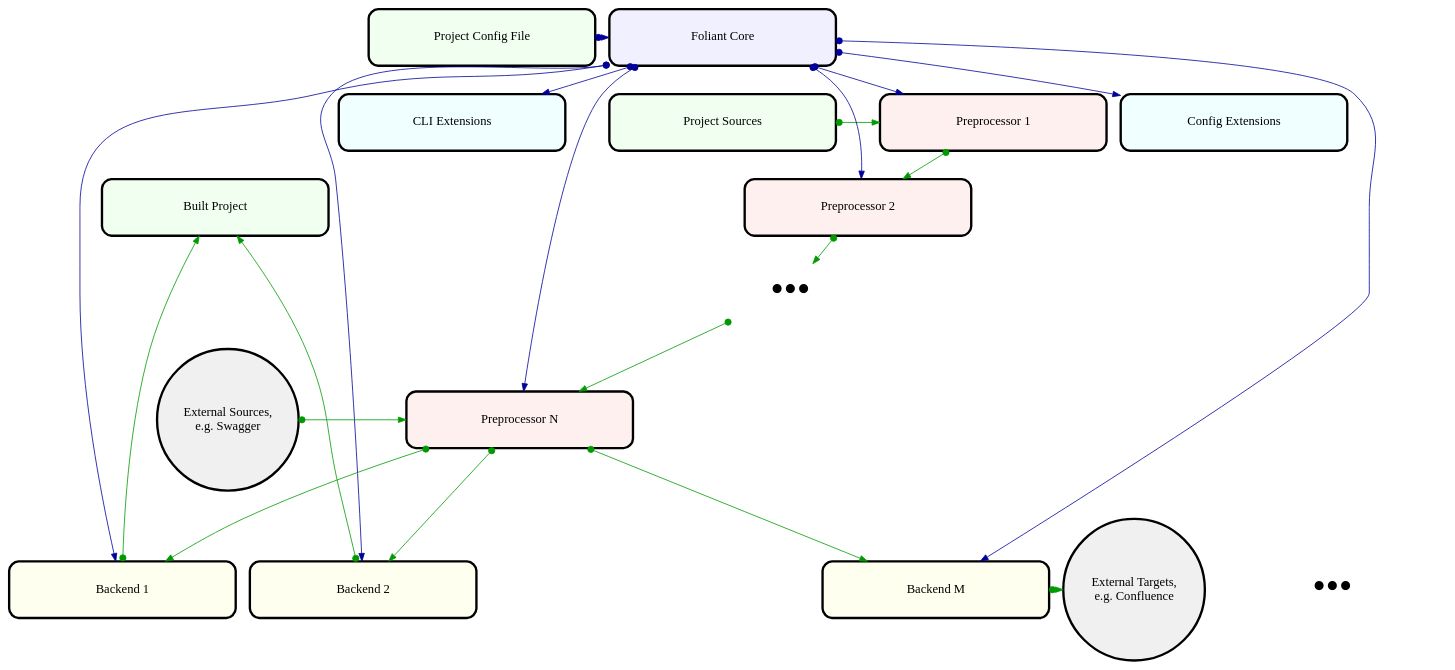
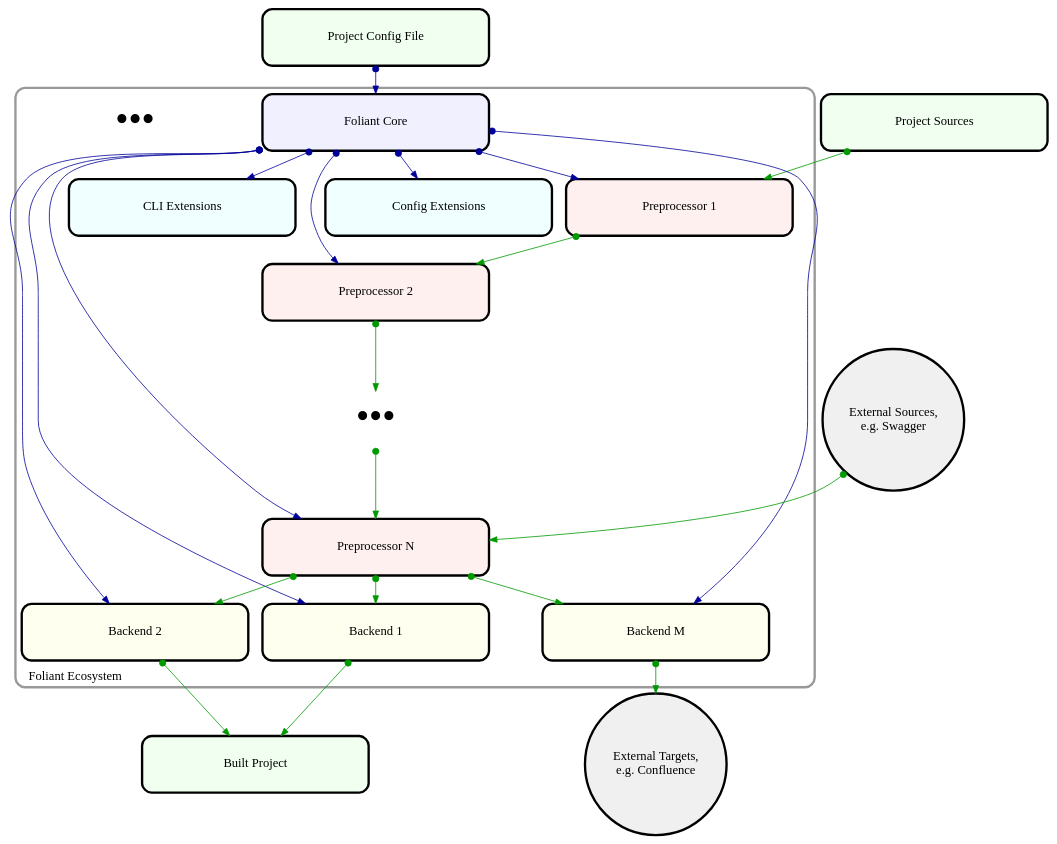
Before and after one commit to foliant-docs/archeme: the diagram in examples/03_foliant_architecture_with_cluster/target/architecture.gv, drawn with Graphviz. The commit also changed 11 other files, not shown here.

```diff
--- a/examples/03_foliant_architecture_with_cluster/target/architecture.gv
+++ b/examples/03_foliant_architecture_with_cluster/target/architecture.gv
@@ -1,95 +1,61 @@
 digraph {
 graph [splines = "true", fontname = "PT Sans Caption", fontsize = "16"];
 node [shape = "box", fixedsize = "true", width = "4", height = "1", penwidth = "3", fontname = "PT Sans Caption", fontsize = "16"];
 edge [dir = "both", arrowtail = "dot", arrowhead = "normal"];
 "config" [style = "filled, rounded", fillcolor = "#f0fff0", label = "Project Config File", pos = "0, 0.0!"];
 "src" [style = "filled, rounded", fillcolor = "#f0fff0", label = "Project Sources", pos = "0, -2.78!"];
 "artifacts" [style = "filled, rounded", fillcolor = "#f0fff0", label = "Built Project", pos = "0, -5.56!"];
 "core" [style = "filled, rounded", fillcolor = "#f0f0ff", label = "Foliant Core", pos = "16.67, 0.0!"];
 "config_extensions" [style = "filled, rounded", fillcolor = "#f0ffff", label = "Config Extensions", pos = "27.79, -2.78!"];
 "cli_extensions" [style = "filled, rounded", fillcolor = "#f0ffff", label = "CLI Extensions", pos = "22.23, -2.78!"];
 "preprocessor_1" [style = "filled, rounded", fillcolor = "#fff0f0", label = "Preprocessor 1", pos = "11.11, -2.78!"];
 "preprocessor_2" [style = "filled, rounded", fillcolor = "#fff0f0", label = "Preprocessor 2", pos = "11.11, -5.56!"];
 "more_preprocessors" [penwidth = "0", fontsize = "48", label = "•••", pos = "11.11, -8.33!"];
 "preprocessor_n" [style = "filled, rounded", fillcolor = "#fff0f0", label = "Preprocessor N", pos = "11.11, -11.11!"];
 "backend_1" [style = "filled, rounded", fillcolor = "#fffff0", label = "Backend 1", pos = "11.11, -13.89!"];
 "backend_2" [style = "filled, rounded", fillcolor = "#fffff0", label = "Backend 2", pos = "16.67, -13.89!"];
 "more_backends" [penwidth = "0", fontsize = "48", label = "•••", pos = "22.23, -13.89!"];
 "backend_m" [style = "filled, rounded", fillcolor = "#fffff0", label = "Backend M", pos = "27.79, -13.89!"];
 "external_sources" [shape = "circle", width = "2.5", height = "2.5", style = "filled", fillcolor = "#f0f0f0", label = "External Sources,\ne.g. Swagger", pos = "33.35, -11.11!"];
 "external_targets" [shape = "circle", width = "2.5", height = "2.5", style = "filled", fillcolor = "#f0f0f0", label = "External Targets,\ne.g. Confluence", pos = "33.35, -13.89!"];
 subgraph cluster_1 {
 labelloc = "b";
 labeljust = "l";
 shape = "box";
-style = "rounded";
 penwidth = "3";
 color = "#999999";
+style = "rounded";
 label = "Foliant Ecosystem";
 "core";
 "config_extensions";
 "cli_extensions";
 "preprocessor_1";
 "preprocessor_2";
 "more_preprocessors";
 "preprocessor_n";
 "backend_1";
 "backend_2";
 "more_backends";
 "backend_m";
 }
 "config" -> "core" [color = "#000099"];
 "core" -> "config_extensions" [color = "#000099"];
 "core" -> "cli_extensions" [color = "#000099"];
 "core" -> "preprocessor_1" [color = "#000099"];
 "core" -> "preprocessor_2" [color = "#000099"];
 "core" -> "preprocessor_n" [color = "#000099"];
 "core" -> "backend_1" [color = "#000099"];
 "core" -> "backend_2" [color = "#000099"];
 "core" -> "backend_m" [color = "#000099"];
 "src" -> "preprocessor_1" [color = "#009900"];
 "preprocessor_1" -> "preprocessor_2" [color = "#009900"];
 "preprocessor_2" -> "more_preprocessors" [color = "#009900"];
 "more_preprocessors" -> "preprocessor_n" [color = "#009900"];
 "external_sources" -> "preprocessor_n" [color = "#009900"];
 "preprocessor_n" -> "backend_1" [color = "#009900"];
 "preprocessor_n" -> "backend_2" [color = "#009900"];
 "preprocessor_n" -> "backend_m" [color = "#009900"];
 "backend_1" -> "artifacts" [color = "#009900"];
 "backend_2" -> "artifacts" [color = "#009900"];
 "backend_m" -> "external_targets" [color = "#009900"];
-subgraph {
-rank = "same";
-"config";
-"core";
 }
-subgraph {
-rank = "same";
-"src";
-"preprocessor_1";
-"cli_extensions";
-"config_extensions";
-}
-subgraph {
-rank = "same";
-"artifacts";
-"preprocessor_2";
-}
-subgraph {
-rank = "same";
-"more_preprocessors";
-}
-subgraph {
-rank = "same";
-"preprocessor_n";
-"external_sources";
-}
-subgraph {
-rank = "same";
-"backend_1";
-"backend_2";
-"more_backends";
-"backend_m";
-"external_targets";
-}
-}
```
